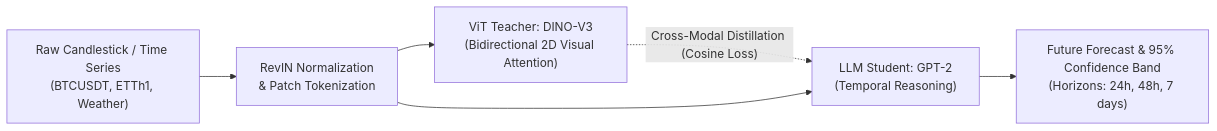
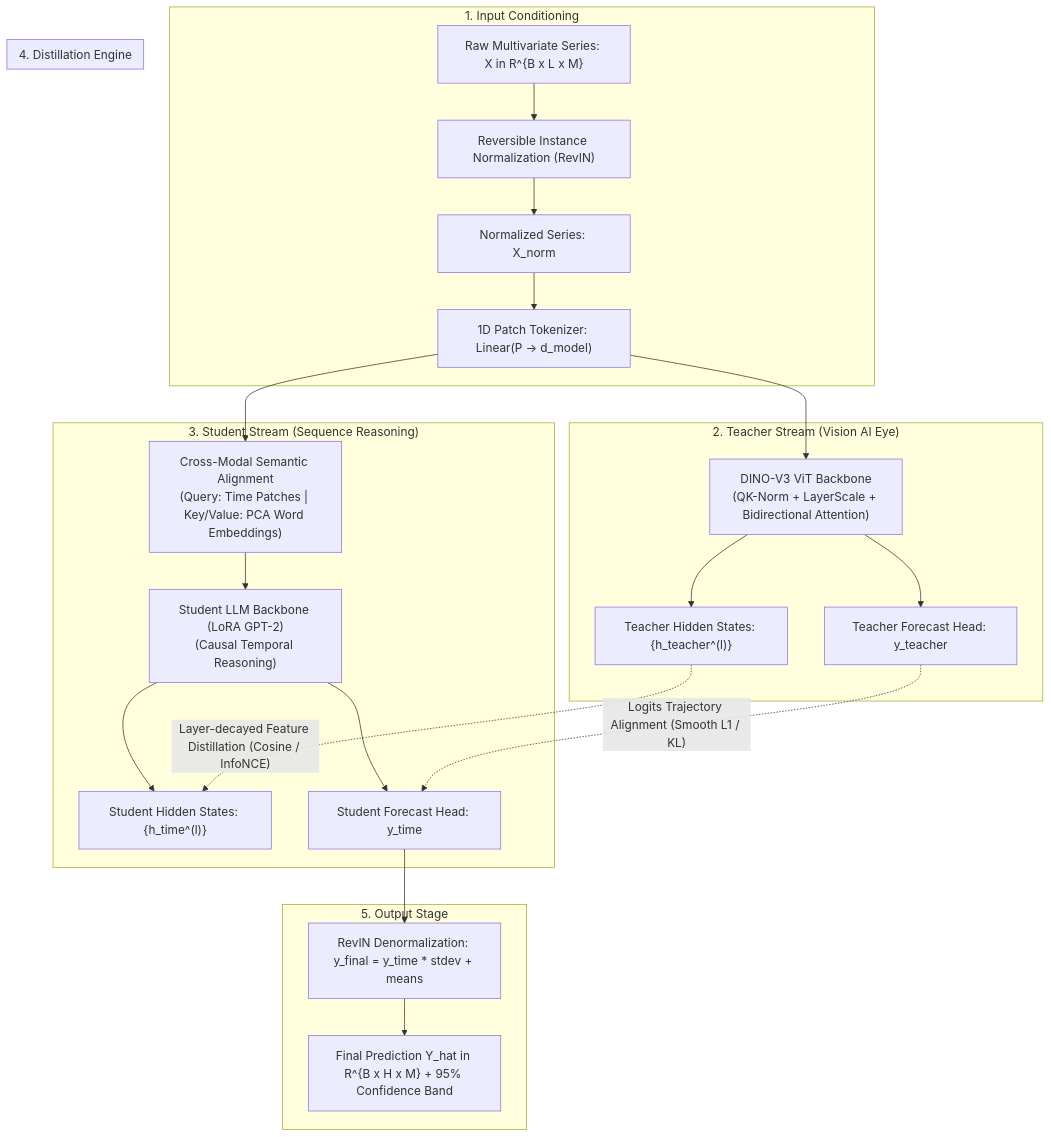
The diagram in README.md (NguyenVDat104/CALF_GPT4TS), drawn with Mermaid before and after one commit. The commit also changed other lines of this file, not shown here.

````diff
--- a/README.md
+++ b/README.md
@@ -66,8 +104,31 @@
 ```mermaid
-flowchart LR
-    A["Raw Candlestick / Time Series<br/>(BTCUSDT, ETTh1, Weather)"] --> B["RevIN Normalization<br/>& Patch Tokenization"]
-    B --> C["ViT Teacher: DINO-V3<br/>(Bidirectional 2D Visual Attention)"]
-    C -. "Cross-Modal Distillation (Cosine Loss)" .-> D["LLM Student: GPT-2<br/>(Temporal Reasoning)"]
-    B --> D
-    D --> E["Future Forecast & 95% Confidence Band<br/>(Horizons: 24h, 48h, 7 days)"]
+flowchart TD
+    subgraph Input_Stage ["1. Input Conditioning"]
+        X["Raw Multivariate Series: X in R^{B x L x M}"] --> RevIN["Reversible Instance Normalization (RevIN)"]
+        RevIN --> X_norm["Normalized Series: X_norm"]
+        X_norm --> PatchTok["1D Patch Tokenizer: Linear(P -> d_model)"]
+    end
+
+    subgraph Teacher_Stream ["2. Teacher Stream (Vision AI Eye)"]
+        PatchTok --> ViT_Teacher["DINO-V3 ViT Backbone<br/>(QK-Norm + LayerScale + Bidirectional Attention)"]
+        ViT_Teacher --> H_teacher["Teacher Hidden States: {h_teacher^(l)}"]
+        ViT_Teacher --> Y_teacher["Teacher Forecast Head: y_teacher"]
+    end
+
+    subgraph Student_Stream ["3. Student Stream (Sequence Reasoning)"]
+        PatchTok --> CrossAttn["Cross-Modal Semantic Alignment<br/>(Query: Time Patches | Key/Value: PCA Word Embeddings)"]
+        CrossAttn --> GPT_Student["Student LLM Backbone (LoRA GPT-2)<br/>(Causal Temporal Reasoning)"]
+        GPT_Student --> H_time["Student Hidden States: {h_time^(l)}"]
+        GPT_Student --> Y_time["Student Forecast Head: y_time"]
+    end
+
+    subgraph Distillation_Engine ["4. Distillation Engine"]
+        H_teacher -. "Layer-decayed Feature Distillation (Cosine / InfoNCE)" .-> H_time
+        Y_teacher -. "Logits Trajectory Alignment (Smooth L1 / KL)" .-> Y_time
+    end
+
+    subgraph Forecast_Stage ["5. Output Stage"]
+        Y_time --> DeRevIN["RevIN Denormalization: y_final = y_time * stdev + means"]
+        DeRevIN --> Out["Final Prediction Y_hat in R^{B x H x M} + 95% Confidence Band"]
+    end
 ```
````
